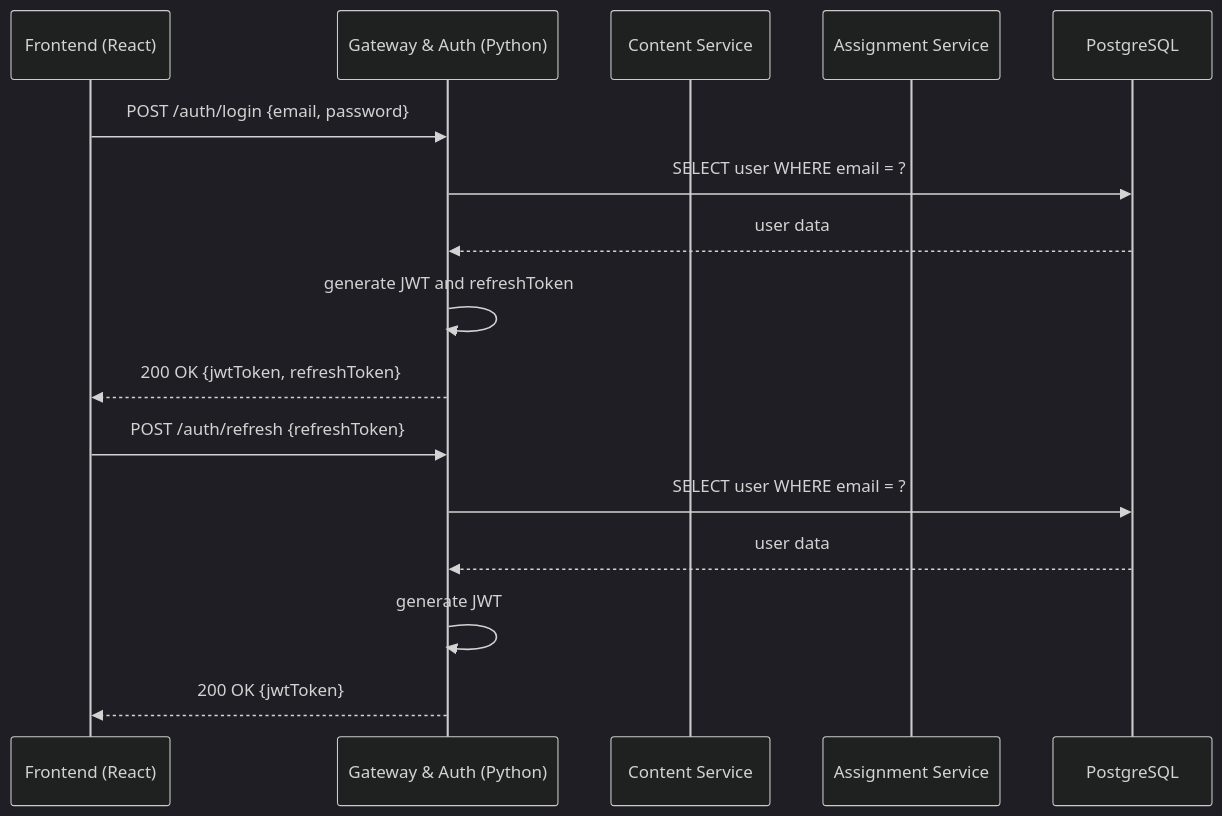
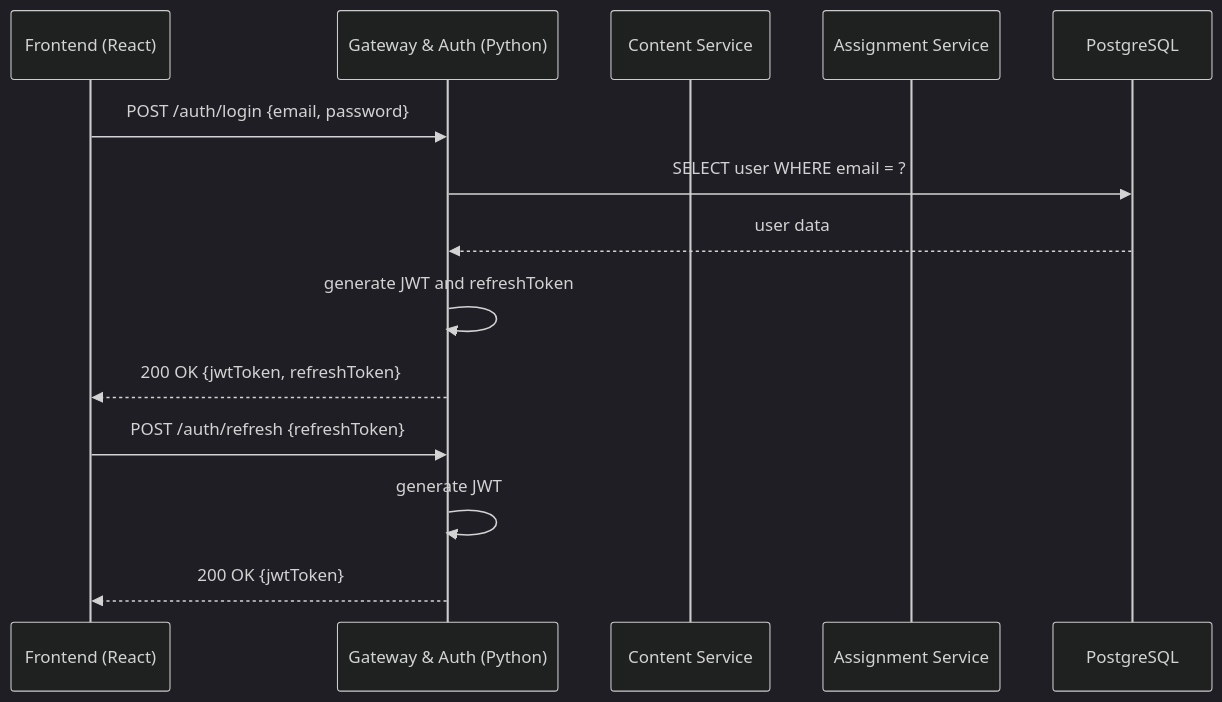
Before and after one commit to BruhWhyMeHaveNoIdea/Hack_Change: the diagram in docs/sequence.md, drawn with Mermaid (dark theme).

Commit message:
fix: auth schema

````diff
--- a/docs/sequence.md
+++ b/docs/sequence.md
@@ -10,20 +10,18 @@
 ```mermaid
 sequenceDiagram
     participant Frontend as Frontend (React)
     participant Gateway as Gateway & Auth (Python)
     participant ContentSvc as Content Service
     participant AssignmentSvc as Assignment Service
     participant DB as PostgreSQL
 
     Frontend->>Gateway: POST /auth/login {email, password}
     Gateway->>DB: SELECT user WHERE email = ?
     DB-->>Gateway: user data
     Gateway->>Gateway: generate JWT and refreshToken
     Gateway-->>Frontend: 200 OK {jwtToken, refreshToken}
 
     Frontend->>Gateway: POST /auth/refresh {refreshToken}
-    Gateway->>DB: SELECT user WHERE email = ?
-    DB-->>Gateway: user data
     Gateway->>Gateway: generate JWT
     Gateway-->>Frontend: 200 OK {jwtToken}
 ```
````
